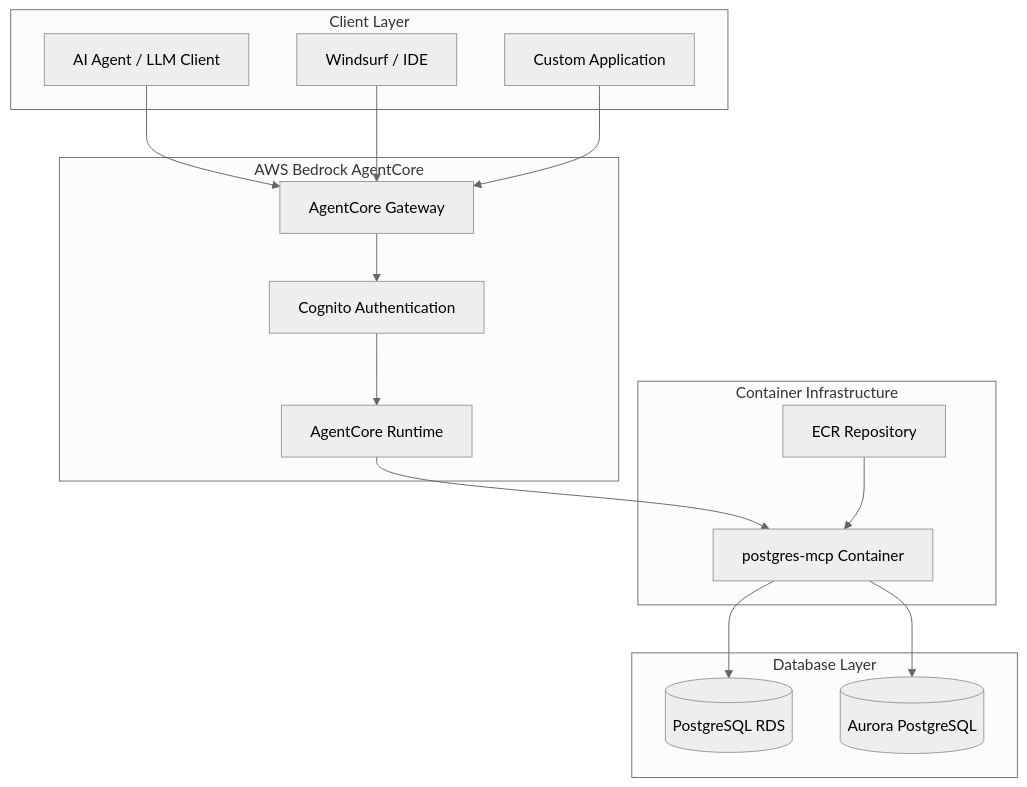
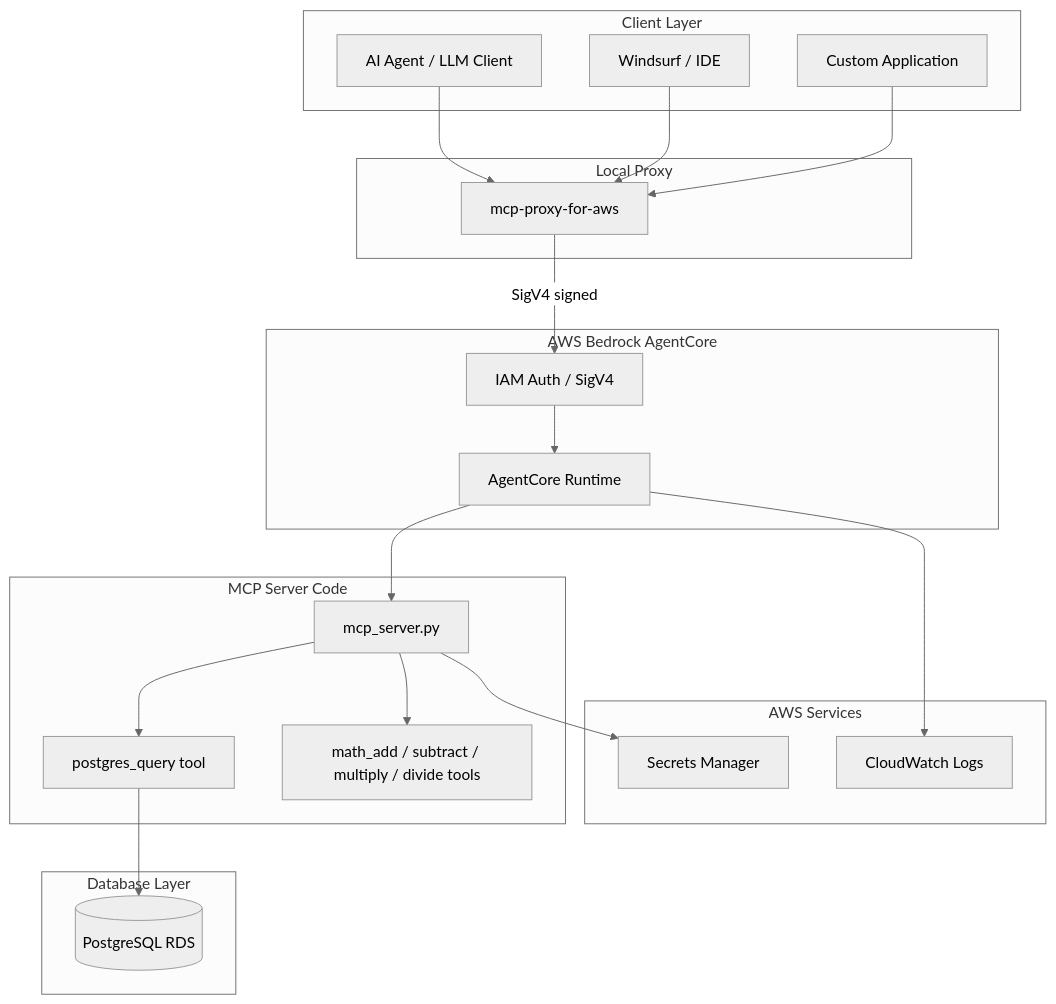
One commit to SuphakornP/postgres-mcp changed the first of 5 diagrams in docs/DEPLOYMENT_GUIDE.md. Above: the diagram before and after it, drawn with Mermaid (neutral theme). The commit also changed other lines of this file and 1 other file, not shown here.

First line of the commit message:
Add changelog, AWS Secrets Manager integration, and comprehensive deployment documentation

````diff
--- a/docs/DEPLOYMENT_GUIDE.md
+++ b/docs/DEPLOYMENT_GUIDE.md
@@ -162,34 +169,44 @@
 ```mermaid
 flowchart TB
     subgraph "Client Layer"
         A[AI Agent / LLM Client]
         B[Windsurf / IDE]
         C[Custom Application]
     end
 
-    subgraph "AWS Bedrock AgentCore"
-        D[AgentCore Gateway]
-        E[AgentCore Runtime]
-        F[Cognito Authentication]
+    subgraph "Local Proxy"
+        P[mcp-proxy-for-aws]
     end
 
-    subgraph "Container Infrastructure"
-        G[ECR Repository]
-        H[postgres-mcp Container]
+    subgraph "AWS Bedrock AgentCore"
+        D[AgentCore Runtime]
+        E[IAM Auth / SigV4]
+    end
+
+    subgraph "MCP Server Code"
+        F[mcp_server.py]
+        G[postgres_query tool]
+        H[math_add / subtract / multiply / divide tools]
     end
 
     subgraph "Database Layer"
         I[(PostgreSQL RDS)]
-        J[(Aurora PostgreSQL)]
     end
 
-    A --> D
-    B --> D
-    C --> D
+    subgraph "AWS Services"
+        J[Secrets Manager]
+        K[CloudWatch Logs]
+    end
+
+    A --> P
+    B --> P
+    C --> P
+    P -->|SigV4 signed| E
+    E --> D
     D --> F
-    F --> E
-    E --> H
-    G --> H
-    H --> I
-    H --> J
+    F --> G
+    F --> H
+    G --> I
+    F --> J
+    D --> K
 ```
````
